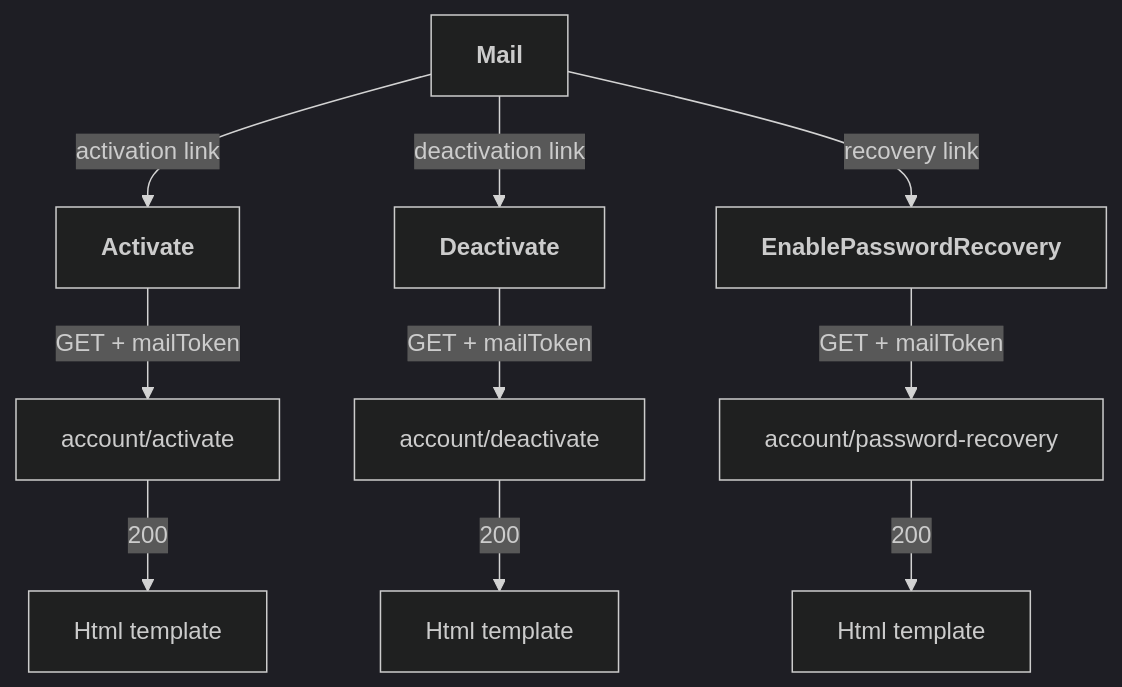
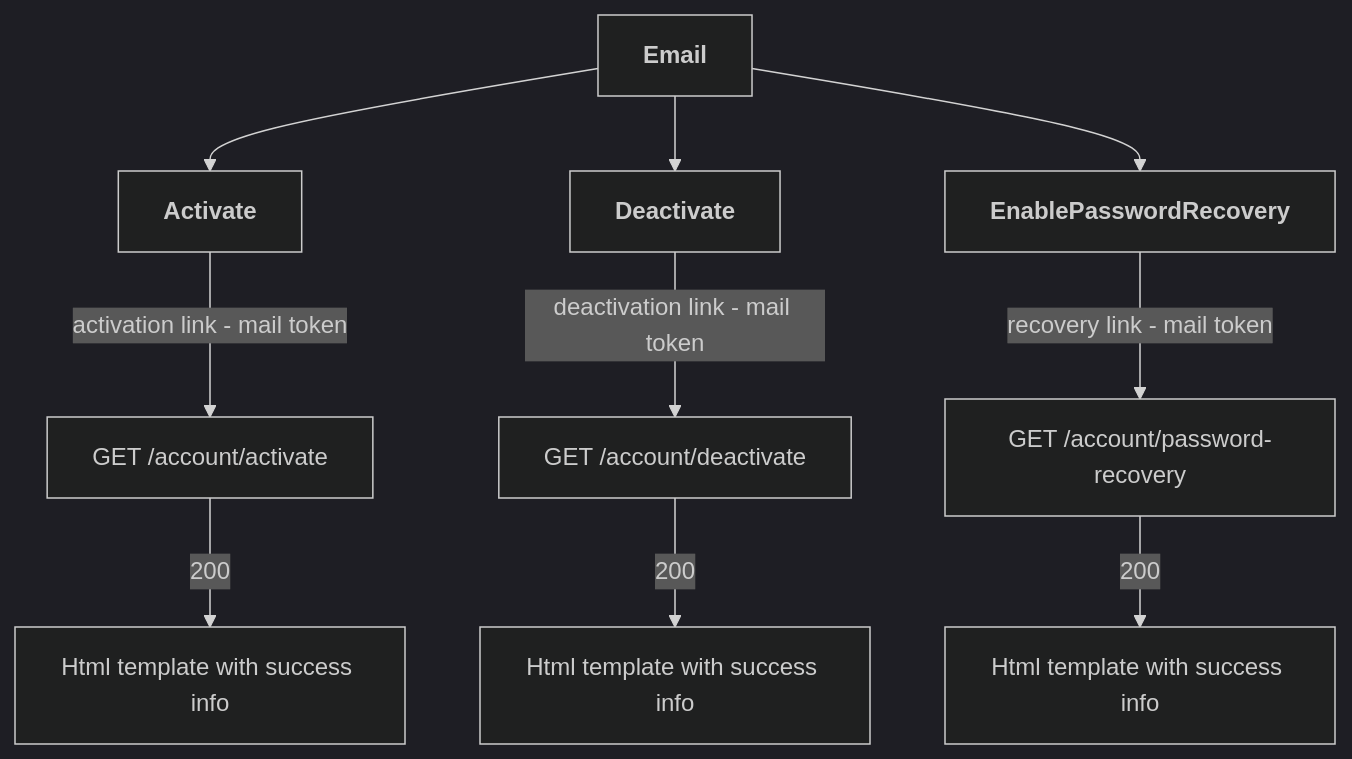
Before and after one commit to Karmello/ask-the-world-api: the second of 12 diagrams in README.md, drawn with Mermaid (dark theme). The commit also changed other lines of this file, not shown here.

````diff
--- a/README.md
+++ b/README.md
@@ -36,6 +36,7 @@
 ```mermaid
 flowchart
-ROOT[<b>Mail</b>] --> |activation link|A1[<b>Activate</b>] --> |GET + mailToken|A2[account/activate] --> |200|A3[Html template]
-ROOT --> |deactivation link|B1[<b>Deactivate</b>] --> |GET + mailToken|B2[account/deactivate] --> |200|B3[Html template]
-ROOT --> |recovery link|C1[<b>EnablePasswordRecovery</b>] --> |GET + mailToken|C2[account/password-recovery] --> |200|C3[Html template]
+ROOT[<b>Email</b>]
+ROOT --> A1[<b>Activate</b>] --> |activation link - mail token|A2[GET /account/activate] --> |200|A3[Html template with success info]
+ROOT --> B1[<b>Deactivate</b>] --> |deactivation link - mail token|B2[GET /account/deactivate] --> |200|B3[Html template with success info]
+ROOT --> C1[<b>EnablePasswordRecovery</b>] --> |recovery link - mail token|C2[GET /account/password-recovery] --> |200|C3[Html template with success info]
 ```
````
